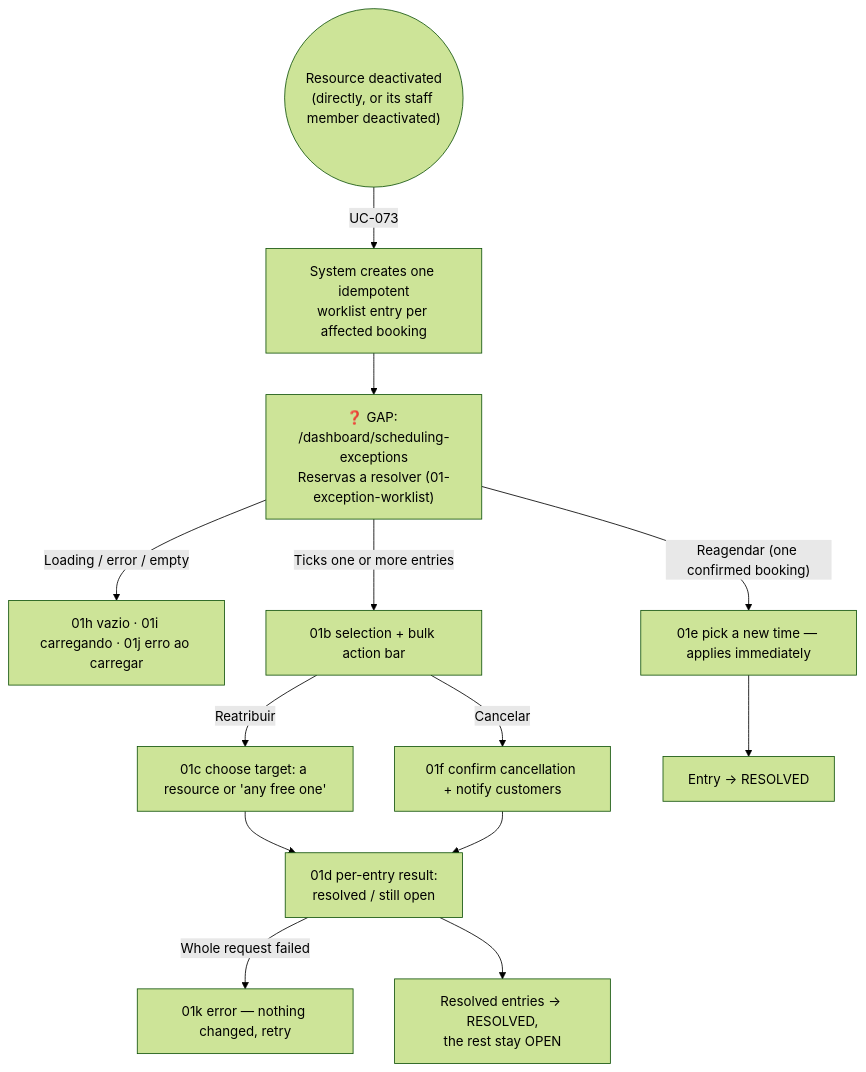
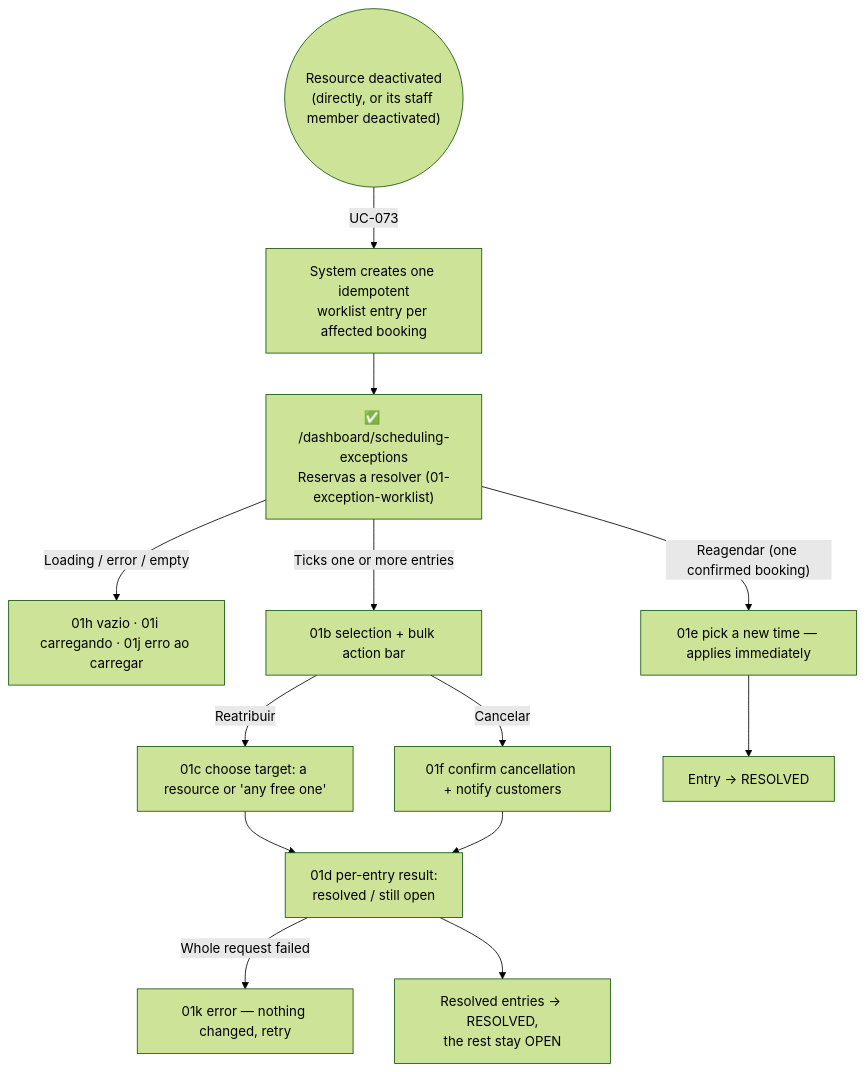
The diagram in plan/journey/manager/scheduling-exceptions.md (lmmoreira/ikaro), drawn with Mermaid (forest theme) before and after one commit. The commit also changed other lines of this file and 97 other files, not shown here.

First line of the commit message:
feat(booking): Reservas a resolver — manager worklist for resource-deactivation entries (M23-S14) (#610)

````diff
--- a/plan/journey/manager/scheduling-exceptions.md
+++ b/plan/journey/manager/scheduling-exceptions.md
@@ -20,20 +20,20 @@
 ```mermaid
 flowchart TD
     classDef gap stroke:#f00,stroke-dasharray: 5 5,fill:#fee
 
     Trigger(("Resource deactivated<br/>(directly, or its staff member deactivated)")) -->|"UC-073"| Raise["System creates one idempotent<br/>worklist entry per affected booking"]
-    Raise --> List["❓ GAP: /dashboard/scheduling-exceptions<br/>Reservas a resolver (01-exception-worklist)"]
+    Raise --> List["✅ /dashboard/scheduling-exceptions<br/>Reservas a resolver (01-exception-worklist)"]
 
     List -->|"Loading / error / empty"| States["01h vazio · 01i carregando · 01j erro ao carregar"]
     List -->|"Ticks one or more entries"| Bulk["01b selection + bulk action bar"]
     List -->|"Reagendar (one confirmed booking)"| Reschedule["01e pick a new time — applies immediately"]
 
     Bulk -->|"Reatribuir"| Reassign["01c choose target: a resource or 'any free one'"]
     Bulk -->|"Cancelar"| Cancel["01f confirm cancellation + notify customers"]
 
     Reassign --> Result["01d per-entry result:<br/>resolved / still open"]
     Cancel --> Result
     Reschedule --> Resolved["Entry → RESOLVED"]
     Result -->|"Whole request failed"| SubmitError["01k error — nothing changed, retry"]
     Result --> Done["Resolved entries → RESOLVED,<br/>the rest stay OPEN"]
 ```
````
